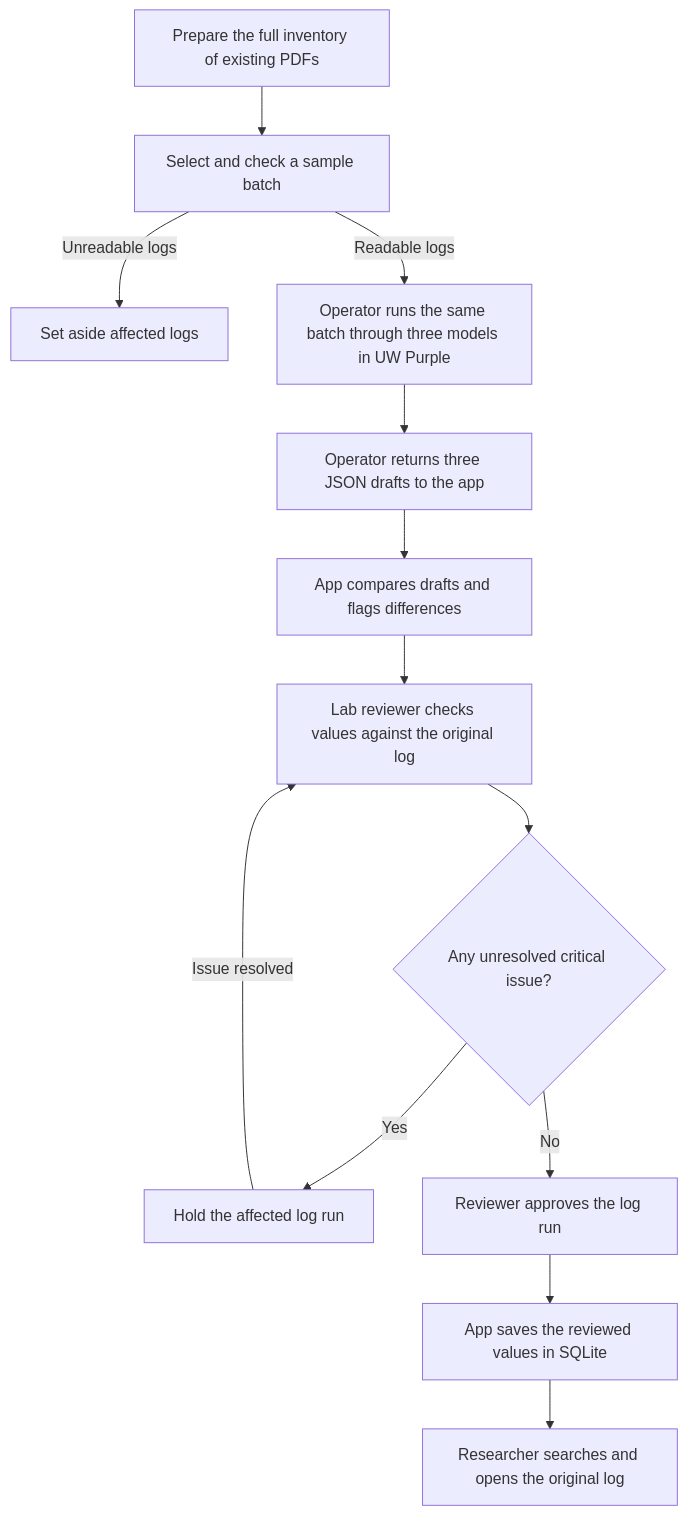
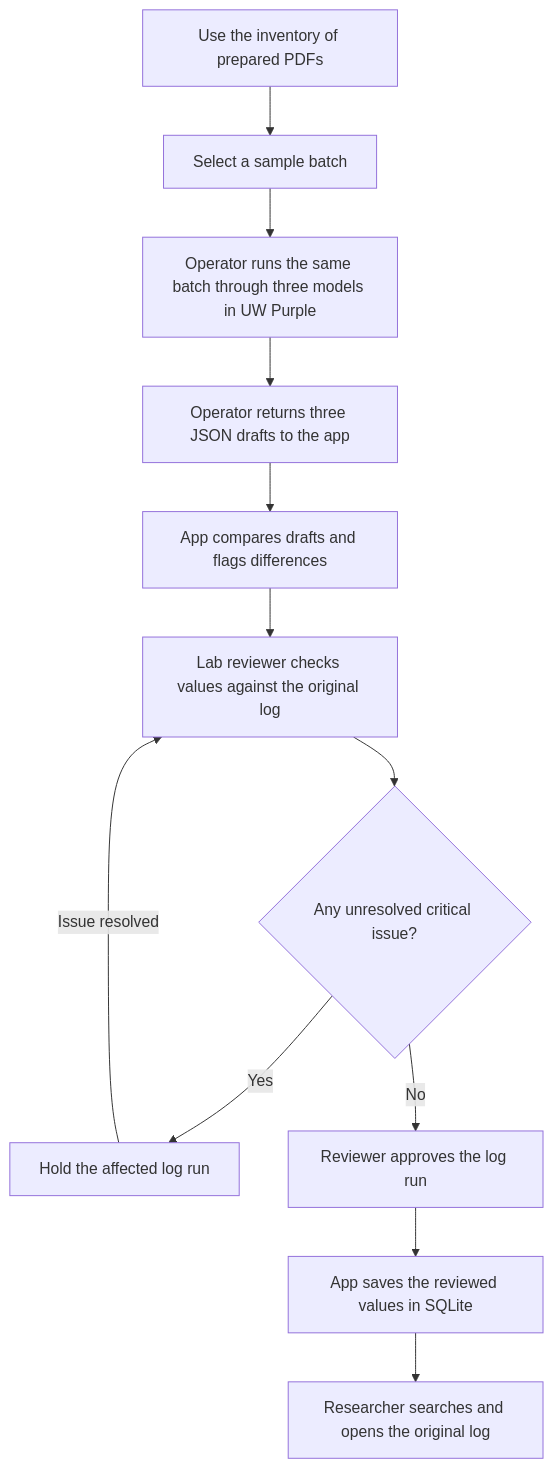
The diagram in docs/design-document.md (irisyjchang/quantum-materials-ai-archive), drawn with Mermaid before and after one commit. The commit also changed other lines of this file, not shown here.

Commit message:
docs: start extraction with prepared PDFs

````diff
--- a/docs/design-document.md
+++ b/docs/design-document.md
@@ -36,15 +36,14 @@
 ```mermaid
 flowchart TD
-    A[Prepare the full inventory of existing PDFs] --> B[Select and check a sample batch]
-    B -->|Unreadable logs| C[Set aside affected logs]
-    B -->|Readable logs| D[Operator runs the same batch through three models in UW Purple]
+    A[Use the inventory of prepared PDFs] --> B[Select a sample batch]
+    B --> D[Operator runs the same batch through three models in UW Purple]
     D --> E[Operator returns three JSON drafts to the app]
     E --> F[App compares drafts and flags differences]
     F --> G[Lab reviewer checks values against the original log]
     G --> H{Any unresolved critical issue?}
     H -->|Yes| I[Hold the affected log run]
     I -->|Issue resolved| G
     H -->|No| J[Reviewer approves the log run]
     J --> K[App saves the reviewed values in SQLite]
     K --> L[Researcher searches and opens the original log]
 ```
````
